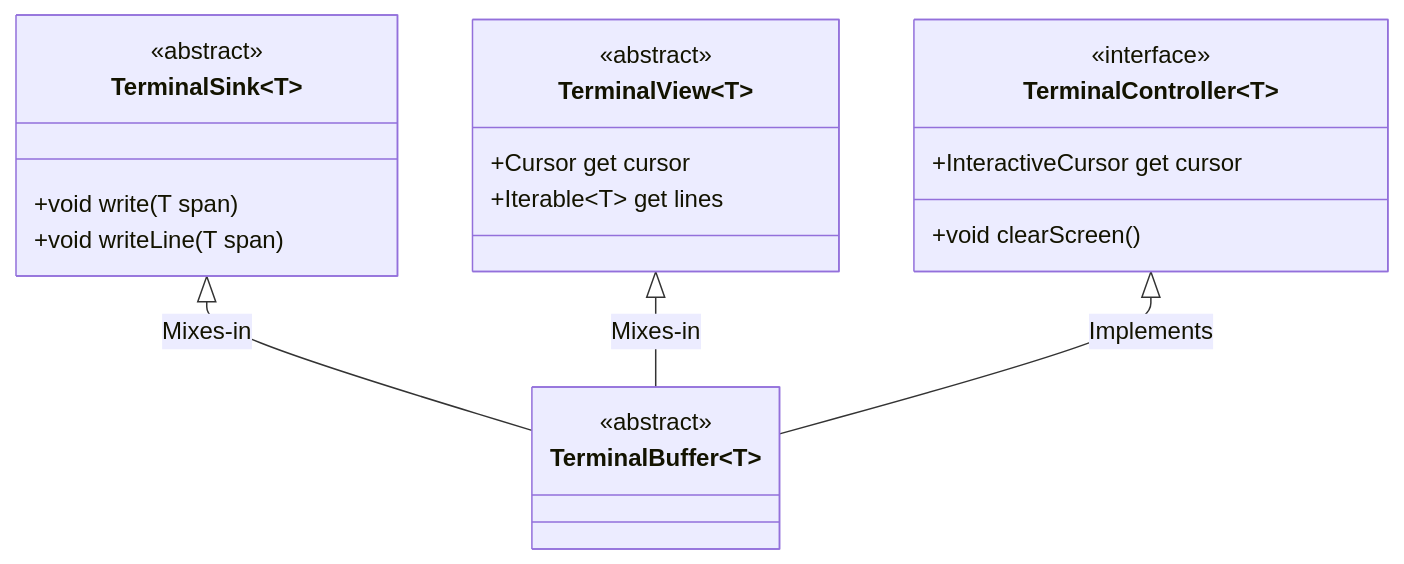
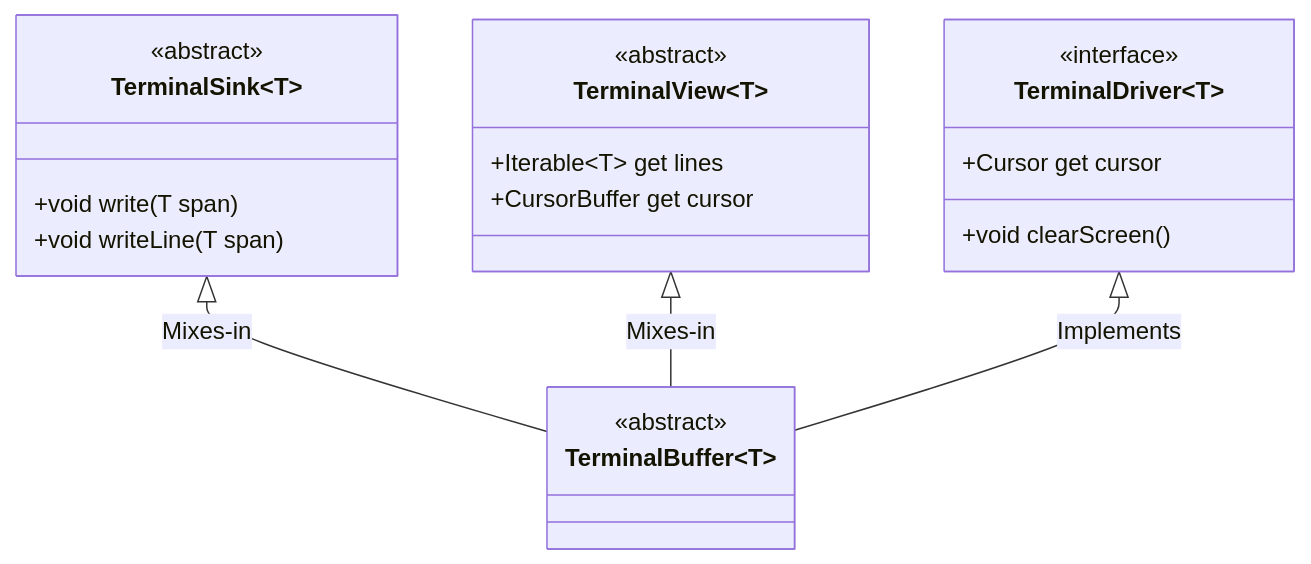
Before and after one commit to matanlurey/dt: the first of 2 diagrams in README.md, drawn with Mermaid. The commit also changed other lines of this file and 12 other files, not shown here.

First line of the commit message:
`TerminalController` -> `TerminalDriver` (#6)

````diff
--- a/README.md
+++ b/README.md
@@ -70,24 +73,24 @@
 ```mermaid
 classDiagram
   class TerminalSink~T~
   <<abstract>> TerminalSink
     TerminalSink~T~ : +void write(T span)
     TerminalSink~T~ : +void writeLine(T span)
 
-  class TerminalController~T~
-  <<interface>> TerminalController
-    TerminalController~T~ : +InteractiveCursor get cursor
-    TerminalController~T~ : +void clearScreen()
+  class TerminalDriver~T~
+  <<interface>> TerminalDriver
+    TerminalDriver~T~ : +Cursor get cursor
+    TerminalDriver~T~ : +void clearScreen()
 
   class TerminalView~T~
   <<abstract>> TerminalView
-    TerminalView~T~ : +Cursor get cursor
     TerminalView~T~ : +Iterable~T~ get lines
 
   class TerminalBuffer~T~
   <<abstract>> TerminalBuffer
+    TerminalView~T~ : +CursorBuffer get cursor
   
   TerminalSink~T~ <|-- TerminalBuffer~T~ : Mixes-in
   TerminalView~T~ <|-- TerminalBuffer~T~ : Mixes-in
-  TerminalController~T~ <|-- TerminalBuffer~T~ : Implements
+  TerminalDriver~T~ <|-- TerminalBuffer~T~ : Implements
 ```
````
